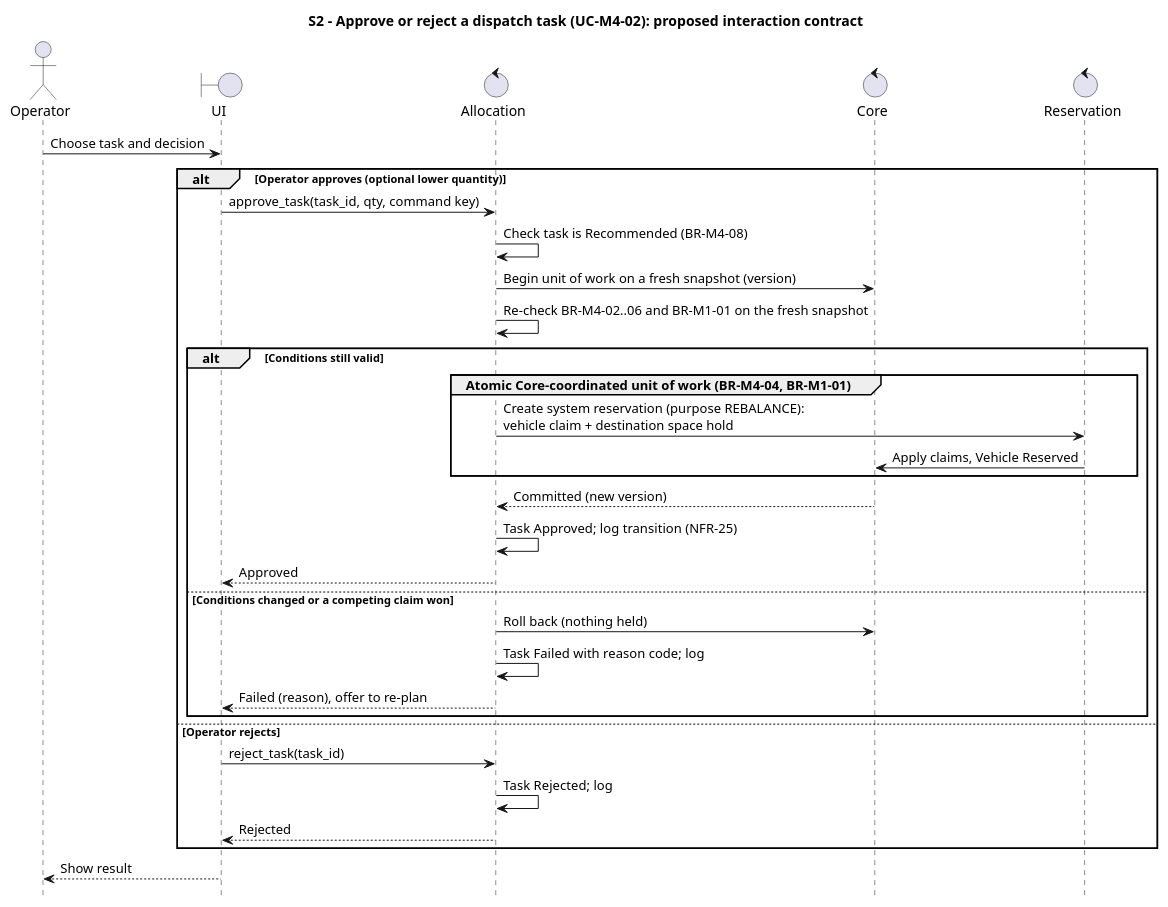
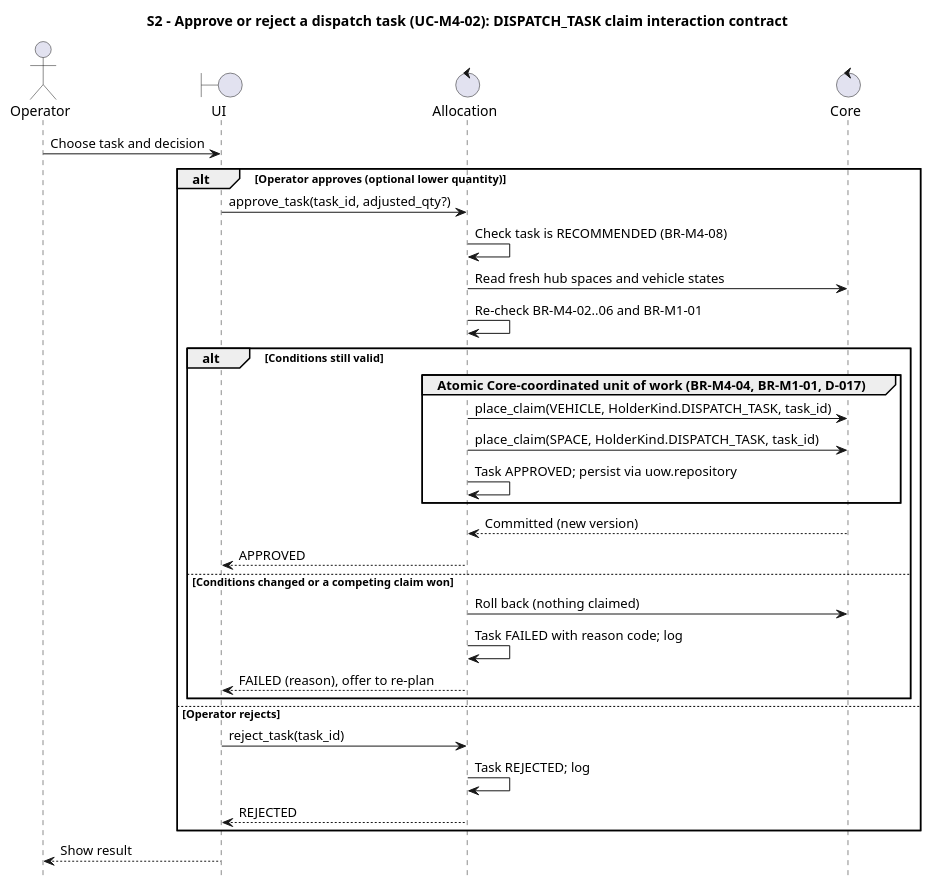
The diagram in docs/design/behavioral/allocation-diagrams/s2-approve.puml (MabC06/smart-e-mobility-hub), drawn with PlantUML before and after one commit. The commit also changed 14 other files, not shown here.

First line of the commit message:
docs(allocation): align dispatch claim flows with D-017 (FR-10)

```diff
--- a/docs/design/behavioral/allocation-diagrams/s2-approve.puml
+++ b/docs/design/behavioral/allocation-diagrams/s2-approve.puml
@@ -1,36 +1,35 @@
 @startuml
-title S2 - Approve or reject a dispatch task (UC-M4-02): proposed interaction contract
+title S2 - Approve or reject a dispatch task (UC-M4-02): DISPATCH_TASK claim interaction contract
 skinparam shadowing false
 skinparam defaultFontName Arial
 hide footbox
 actor Operator
 boundary UI
 control Allocation
 control Core
-control Reservation
 Operator -> UI: Choose task and decision
 alt Operator approves (optional lower quantity)
-  UI -> Allocation: approve_task(task_id, qty, command key)
-  Allocation -> Allocation: Check task is Recommended (BR-M4-08)
-  Allocation -> Core: Begin unit of work on a fresh snapshot (version)
-  Allocation -> Allocation: Re-check BR-M4-02..06 and BR-M1-01 on the fresh snapshot
+  UI -> Allocation: approve_task(task_id, adjusted_qty?)
+  Allocation -> Allocation: Check task is RECOMMENDED (BR-M4-08)
+  Allocation -> Core: Read fresh hub spaces and vehicle states
+  Allocation -> Allocation: Re-check BR-M4-02..06 and BR-M1-01
   alt Conditions still valid
-    group Atomic Core-coordinated unit of work (BR-M4-04, BR-M1-01)
-      Allocation -> Reservation: Create system reservation (purpose REBALANCE):\nvehicle claim + destination space hold
-      Reservation -> Core: Apply claims, Vehicle Reserved
+    group Atomic Core-coordinated unit of work (BR-M4-04, BR-M1-01, D-017)
+      Allocation -> Core: place_claim(VEHICLE, HolderKind.DISPATCH_TASK, task_id)
+      Allocation -> Core: place_claim(SPACE, HolderKind.DISPATCH_TASK, task_id)
+      Allocation -> Allocation: Task APPROVED; persist via uow.repository
     end
     Core --> Allocation: Committed (new version)
-    Allocation -> Allocation: Task Approved; log transition (NFR-25)
-    Allocation --> UI: Approved
+    Allocation --> UI: APPROVED
   else Conditions changed or a competing claim won
-    Allocation -> Core: Roll back (nothing held)
-    Allocation -> Allocation: Task Failed with reason code; log
-    Allocation --> UI: Failed (reason), offer to re-plan
+    Allocation -> Core: Roll back (nothing claimed)
+    Allocation -> Allocation: Task FAILED with reason code; log
+    Allocation --> UI: FAILED (reason), offer to re-plan
   end
 else Operator rejects
   UI -> Allocation: reject_task(task_id)
-  Allocation -> Allocation: Task Rejected; log
-  Allocation --> UI: Rejected
+  Allocation -> Allocation: Task REJECTED; log
+  Allocation --> UI: REJECTED
 end
 UI --> Operator: Show result
 @enduml
```
